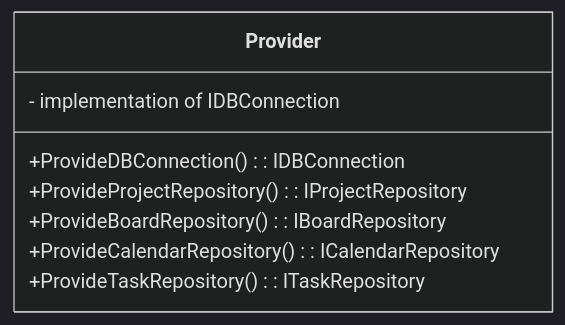
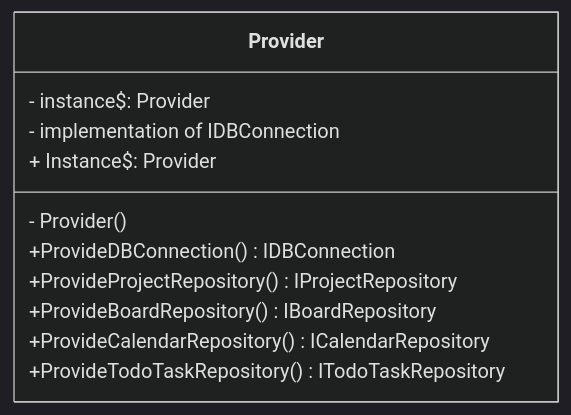
One commit to tadeas223/todo_list changed the diagram in docs/uml/DI.md. Above: the diagram before and after it, drawn with Mermaid (dark theme). The commit also changed 9 other files, not shown here.

Commit message:
not finished implementation for Data.Repository

````diff
--- a/docs/uml/DI.md
+++ b/docs/uml/DI.md
@@ -1,16 +1,21 @@
 ```mermaid
 classDiagram
 
     class Provider
 
     class Provider {
-        - implementation of IDBConnection        
+        - instance$: Provider
+        - implementation of IDBConnection
+        
+        - Provider() 
+        
+        + Instance$: Provider
 
-        +ProvideDBConnection(): IDBConnection
-        +ProvideProjectRepository(): IProjectRepository
-        +ProvideBoardRepository(): IBoardRepository
-        +ProvideCalendarRepository(): ICalendarRepository
-        +ProvideTaskRepository(): ITaskRepository
+        +ProvideDBConnection() IDBConnection
+        +ProvideProjectRepository() IProjectRepository
+        +ProvideBoardRepository() IBoardRepository
+        +ProvideCalendarRepository() ICalendarRepository
+        +ProvideTodoTaskRepository() ITodoTaskRepository
     }
 
 ```
````
